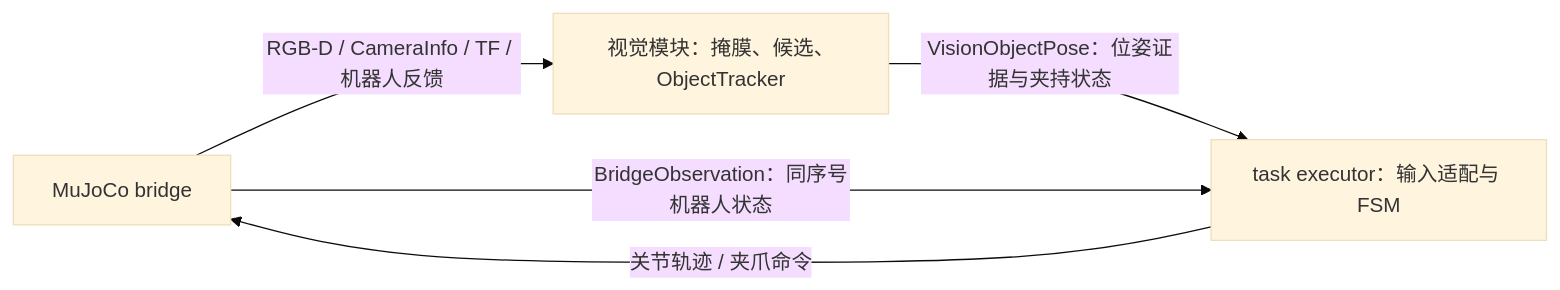
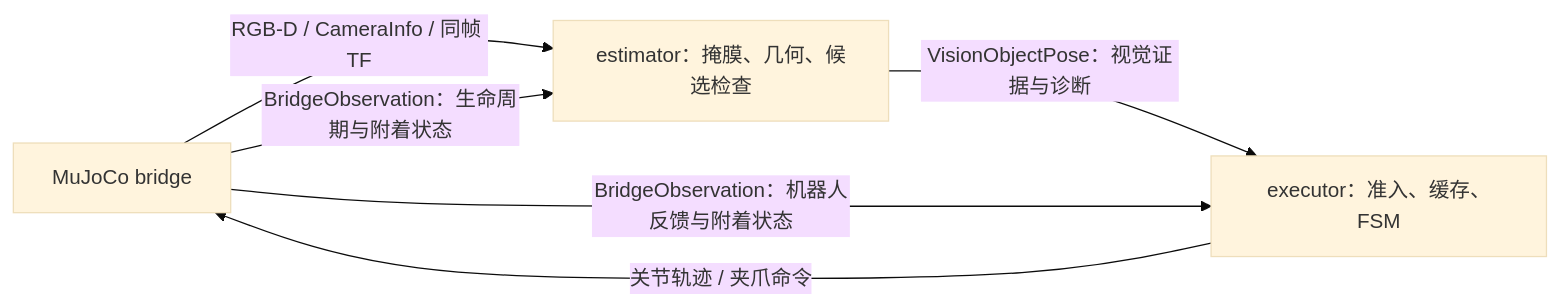
The first of 3 diagrams in Job_guides/my_study/week4.md (tsh00k/robotic_manipulation_practice), drawn with Mermaid (base theme) before and after one commit. The commit also changed other lines of this file and 27 other files, not shown here.

````diff
--- a/Job_guides/my_study/week4.md
+++ b/Job_guides/my_study/week4.md
@@ -111,7 +129,8 @@
 ```mermaid
 flowchart LR
-  B[MuJoCo bridge] -->|RGB-D / CameraInfo / TF / 机器人反馈| V[视觉模块：掩膜、候选、ObjectTracker]
-  V -->|VisionObjectPose：位姿证据与夹持状态| T[task executor：输入适配与 FSM]
-  B -->|BridgeObservation：同序号机器人状态| T
+  B[MuJoCo bridge] -->|RGB-D / CameraInfo / 同帧 TF| V[estimator：掩膜、几何、候选检查]
+  B -->|BridgeObservation：生命周期与附着状态| V
+  V -->|VisionObjectPose：视觉证据与诊断| T[executor：准入、缓存、FSM]
+  B -->|BridgeObservation：机器人反馈与附着状态| T
   T -->|关节轨迹 / 夹爪命令| B
 ```
````
